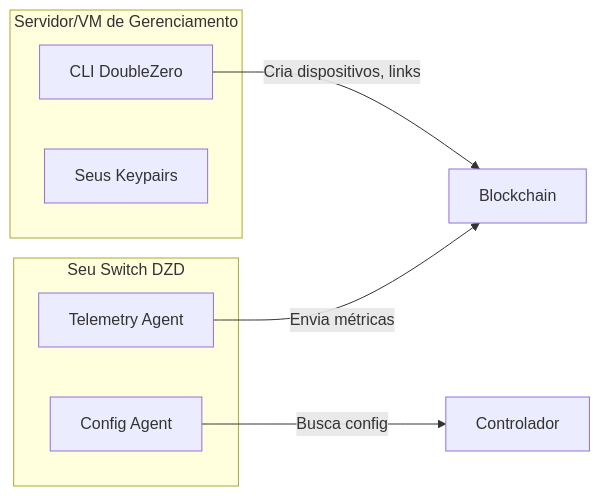
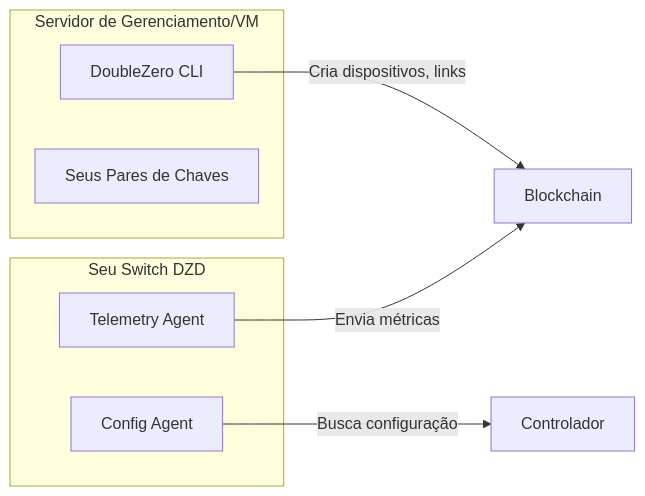
The third of 9 diagrams in docs/contribute-provisioning.pt.md (malbeclabs/docs), drawn with Mermaid before and after one commit. The commit also changed other lines of this file and 34 other files, not shown here.

````diff
--- a/docs/contribute-provisioning.pt.md
+++ b/docs/contribute-provisioning.pt.md
@@ -134,16 +175,16 @@
     ```mermaid
     flowchart LR
-        subgraph "Servidor/VM de Gerenciamento"
-            CLI[CLI DoubleZero]
-            KEYS[Seus Keypairs]
+        subgraph "Servidor de Gerenciamento/VM"
+            CLI[DoubleZero CLI]
+            KEYS[Seus Pares de Chaves]
         end
 
         subgraph "Seu Switch DZD"
             CA[Config Agent]
             TA[Telemetry Agent]
         end
 
         CLI -->|Cria dispositivos, links| BC[Blockchain]
-        CA -->|Busca config| CTRL[Controlador]
+        CA -->|Busca configuração| CTRL[Controlador]
         TA -->|Envia métricas| BC
     ```
````
